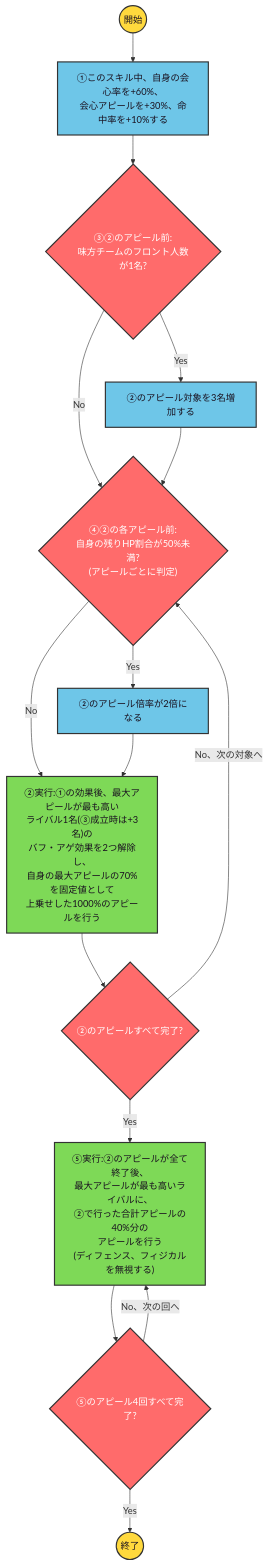
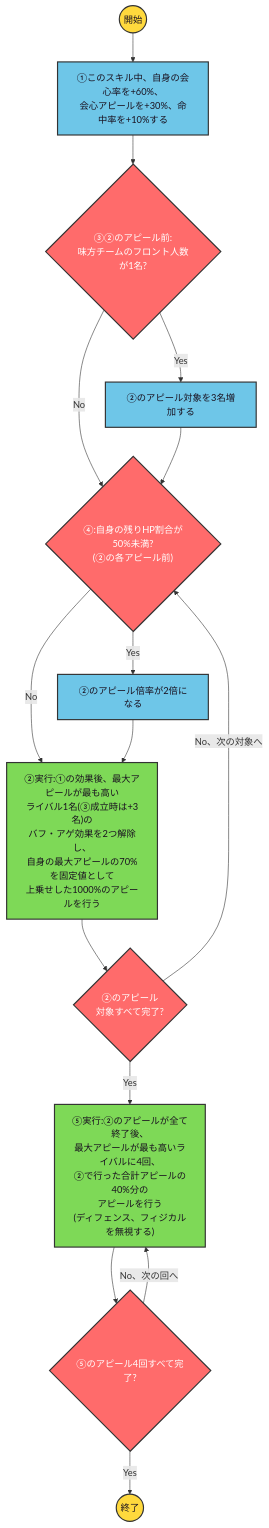
Before and after one commit to ryomochi0918/nogifra-characters: the diagram in data/morihira_urumi/kaerimichihatoomawarishitakunaru_skill1.mmd, drawn with Mermaid. The commit also changed 286 other files, not shown here.

```diff
--- a/data/morihira_urumi/kaerimichihatoomawarishitakunaru_skill1.mmd
+++ b/data/morihira_urumi/kaerimichihatoomawarishitakunaru_skill1.mmd
@@ -1,20 +1,20 @@
 flowchart TD
     classDef startend fill:#FFD93D,stroke:#333,stroke-width:2px,color:#1a1220;
     classDef cond fill:#FF6B6B,stroke:#333,stroke-width:2px,color:#ffffff;
     classDef effect fill:#6EC6E8,stroke:#333,stroke-width:2px,color:#1a1220;
     classDef action fill:#7ED957,stroke:#333,stroke-width:2px,color:#1a1220;
 
     start(("開始")):::startend --> s1["①このスキル中、自身の会心率を+60%、<br/>会心アピールを+30%、命中率を+10%する"]:::effect
     s1 --> c3{"③②のアピール前:<br/>味方チームのフロント人数が1名?"}:::cond
     c3 -->|"Yes"| e3["②のアピール対象を3名増加する"]:::effect
     c3 -->|"No"| c4
-    e3 --> c4{"④②の各アピール前:<br/>自身の残りHP割合が50%未満?<br/>(アピールごとに判定)"}:::cond
+    e3 --> c4{"④:自身の残りHP割合が50%未満?<br/>(②の各アピール前)"}:::cond
     c4 -->|"Yes"| e4["②のアピール倍率が2倍になる"]:::effect
     c4 -->|"No"| a2
     e4 --> a2["②実行:①の効果後、最大アピールが最も高い<br/>ライバル1名(③成立時は+3名)の<br/>バフ・アゲ効果を2つ解除し、<br/>自身の最大アピールの70%を固定値として<br/>上乗せした1000%のアピールを行う"]:::action
-    a2 --> loop2{"②のアピールすべて完了?"}:::cond
+    a2 --> loop2{"②のアピール<br/>対象すべて完了?"}:::cond
     loop2 -->|"No、次の対象へ"| c4
-    loop2 -->|"Yes"| a5["⑤実行:②のアピールが全て終了後、<br/>最大アピールが最も高いライバルに、<br/>②で行った合計アピールの40%分の<br/>アピールを行う<br/>(ディフェンス、フィジカルを無視する)"]:::action
+    loop2 -->|"Yes"| a5["⑤実行:②のアピールが全て終了後、<br/>最大アピールが最も高いライバルに4回、<br/>②で行った合計アピールの40%分の<br/>アピールを行う<br/>(ディフェンス、フィジカルを無視する)"]:::action
     a5 --> loop5{"⑤のアピール4回すべて完了?"}:::cond
     loop5 -->|"No、次の回へ"| a5
     loop5 -->|"Yes"| finish(("終了")):::startend
```
